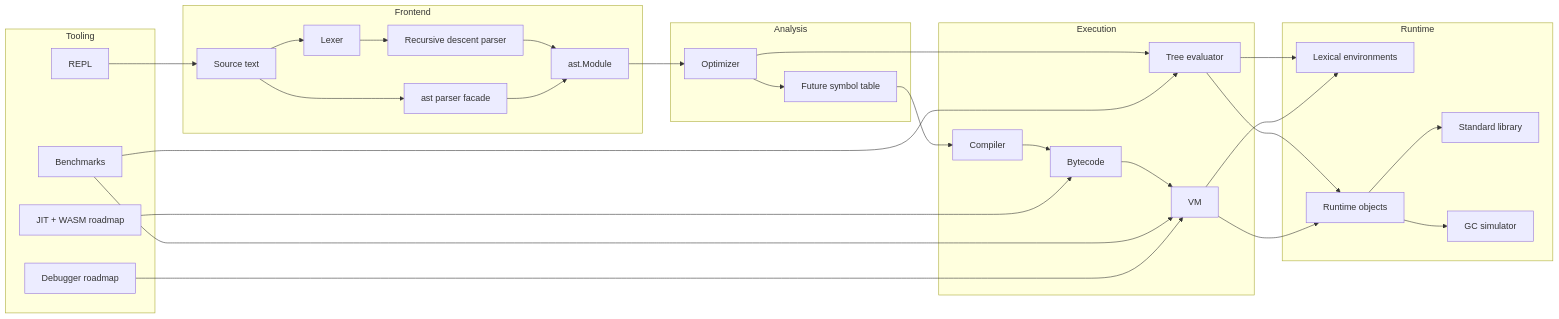
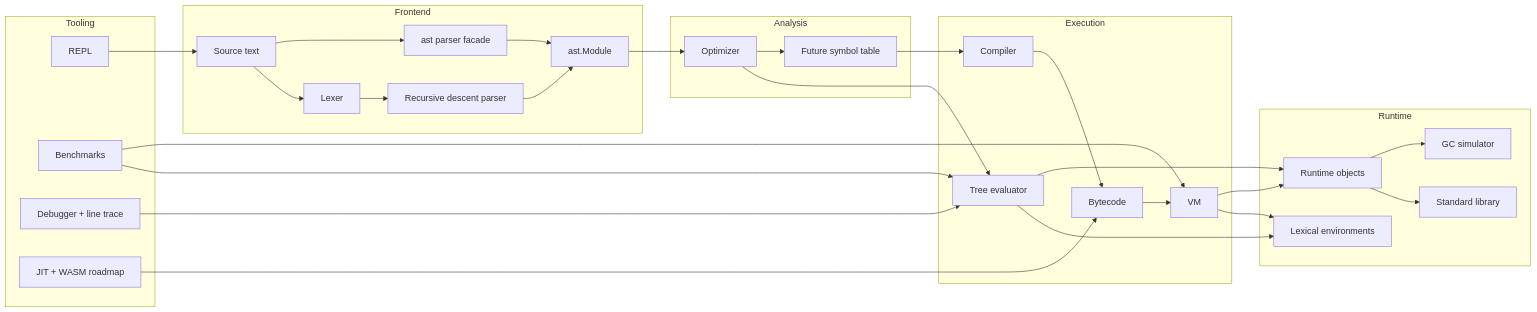
The diagram in docs/ARCHITECTURE.md (Sebby1770/PyMini), drawn with Mermaid before and after one commit. The commit also changed other lines of this file and 22 other files, not shown here.

````diff
--- a/docs/ARCHITECTURE.md
+++ b/docs/ARCHITECTURE.md
@@ -3,52 +3,52 @@
 ```mermaid
 flowchart LR
     subgraph Frontend
         Source["Source text"]
         Lexer["Lexer"]
         RD["Recursive descent parser"]
         ASTFacade["ast parser facade"]
         AST["ast.Module"]
     end
 
     subgraph Analysis
         Opt["Optimizer"]
         Symbols["Future symbol table"]
     end
 
     subgraph Execution
         Eval["Tree evaluator"]
         Compile["Compiler"]
         BC["Bytecode"]
         VM["VM"]
     end
 
     subgraph Runtime
         Env["Lexical environments"]
         Obj["Runtime objects"]
         Std["Standard library"]
         Mem["GC simulator"]
     end
 
     subgraph Tooling
         Repl["REPL"]
         Bench["Benchmarks"]
-        Debug["Debugger roadmap"]
+        Debug["Debugger + line trace"]
         Targets["JIT + WASM roadmap"]
     end
 
     Source --> Lexer --> RD --> AST
     Source --> ASTFacade --> AST
     AST --> Opt --> Eval
     Opt --> Symbols --> Compile --> BC --> VM
     Eval --> Env
     Eval --> Obj
     VM --> Env
     VM --> Obj
     Obj --> Std
     Obj --> Mem
     Repl --> Source
     Bench --> Eval
     Bench --> VM
-    Debug --> VM
+    Debug --> Eval
     Targets --> BC
 ```
````
